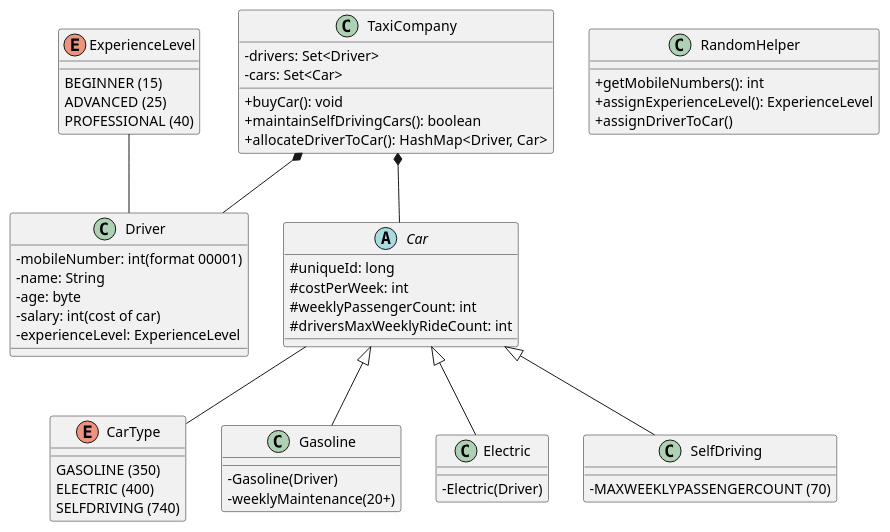
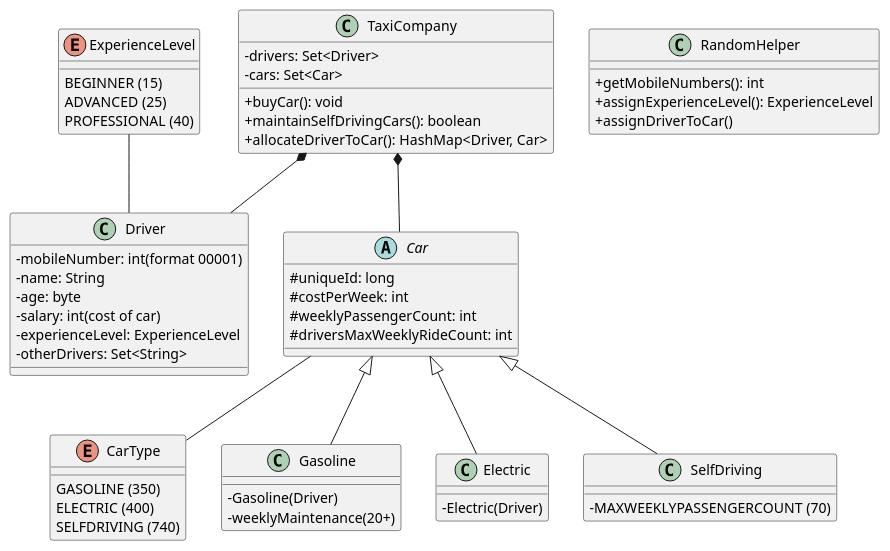
The diagram in taxiCompany.puml (bezdomnij/OOP-taxiCompany), drawn with PlantUML before and after one commit. The commit also changed 8 other files, not shown here.

```diff
--- a/taxiCompany.puml
+++ b/taxiCompany.puml
@@ -1,56 +1,57 @@
 @startuml taxiCompany
 skinparam ClassAttributeIconSize 0
 TaxiCompany *-- Driver
 TaxiCompany *-- Car
 Car -- CarType
 Car <|-- Gasoline
 Car <|-- Electric
 Car <|-- SelfDriving
 ExperienceLevel -- Driver
 enum CarType {
     GASOLINE (350)
     ELECTRIC (400)
     SELFDRIVING (740)
 }
 enum ExperienceLevel {
     BEGINNER (15)
     ADVANCED (25)
     PROFESSIONAL (40)
 }
 class TaxiCompany{
     -drivers: Set<Driver>
     -cars: Set<Car>
     +buyCar(): void
     +maintainSelfDrivingCars(): boolean
     +allocateDriverToCar(): HashMap<Driver, Car>
 }
 class Driver{
     -mobileNumber: int(format 00001)
     -name: String
     -age: byte
     -salary: int(cost of car)
     -experienceLevel: ExperienceLevel
+    -otherDrivers: Set<String>
     __
 }
 abstract class Car{
     #uniqueId: long
     #costPerWeek: int
     #weeklyPassengerCount: int
     #driversMaxWeeklyRideCount: int
 }
 class Gasoline{
     -Gasoline(Driver)
     -weeklyMaintenance(20+)
 }
 class Electric{
     -Electric(Driver)
 }
 class SelfDriving{
     - MAXWEEKLYPASSENGERCOUNT (70)
 }
 class RandomHelper{
     +getMobileNumbers(): int
     +assignExperienceLevel(): ExperienceLevel
     +assignDriverToCar()
 }
 @enduml
```
